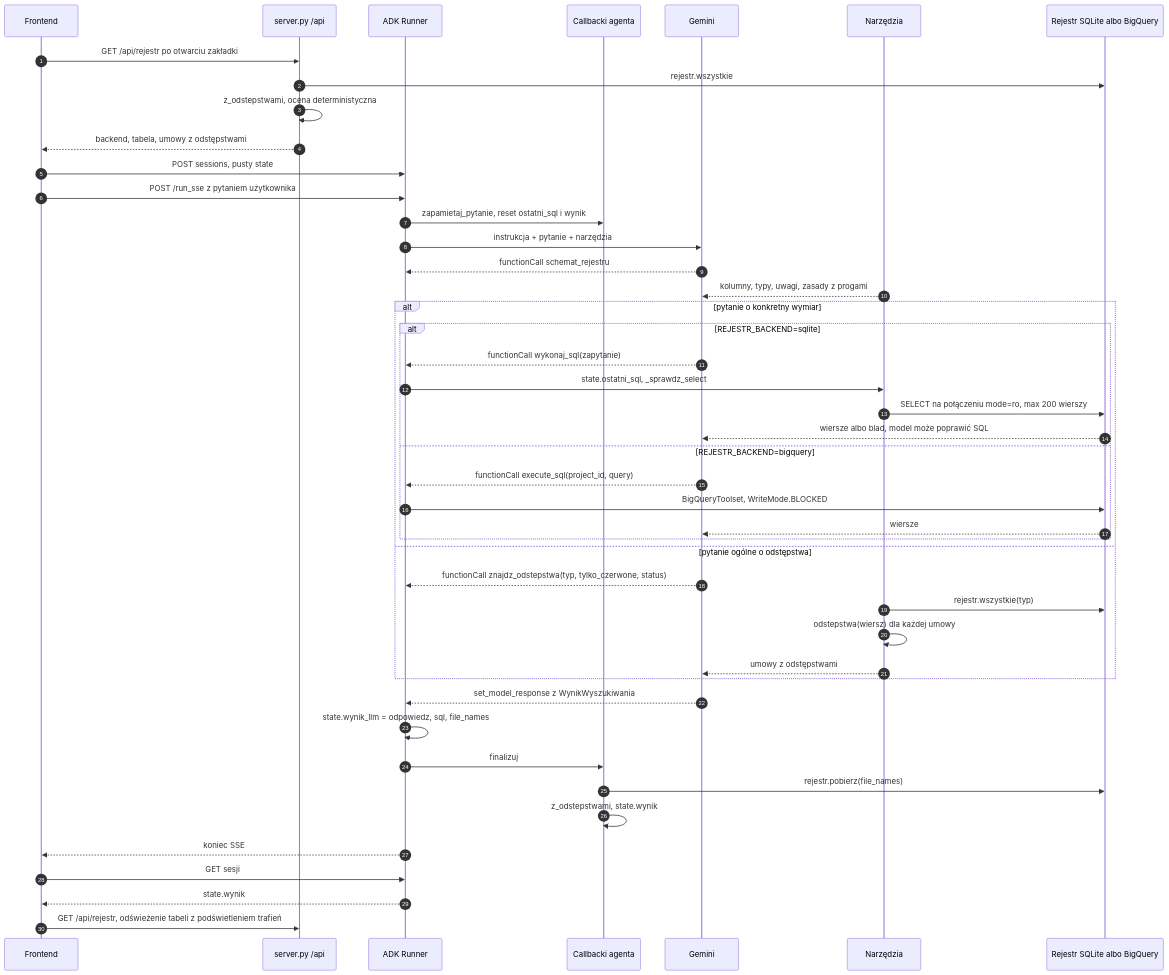
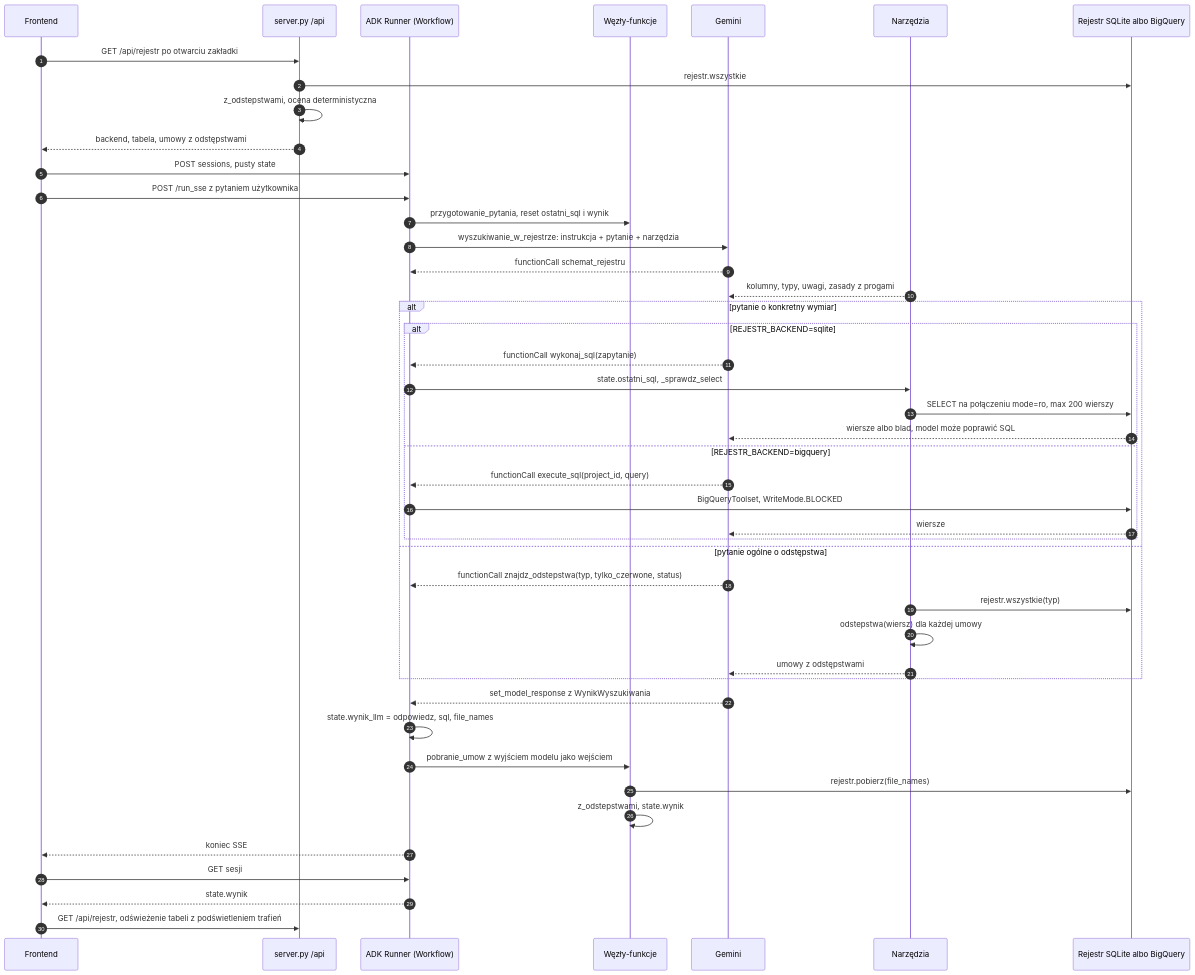
The sixth of 6 diagrams in docs/architektura-komunikacji.md (siwikm/google-hackathon-demo), drawn with Mermaid before and after one commit. The commit also changed other lines of this file and 45 other files, not shown here.

````diff
--- a/docs/architektura-komunikacji.md
+++ b/docs/architektura-komunikacji.md
@@ -302,51 +353,51 @@
 ```mermaid
 sequenceDiagram
     autonumber
     participant FE as Frontend
     participant SRV as server.py /api
-    participant ADK as ADK Runner
-    participant CB as Callbacki agenta
+    participant ADK as ADK Runner (Workflow)
+    participant CB as Węzły-funkcje
     participant G as Gemini
     participant T as Narzędzia
     participant REJ as Rejestr SQLite albo BigQuery
 
     FE->>SRV: GET /api/rejestr po otwarciu zakładki
     SRV->>REJ: rejestr.wszystkie
     SRV->>SRV: z_odstepstwami, ocena deterministyczna
     SRV-->>FE: backend, tabela, umowy z odstępstwami
 
     FE->>ADK: POST sessions, pusty state
     FE->>ADK: POST /run_sse z pytaniem użytkownika
-    ADK->>CB: zapamietaj_pytanie, reset ostatni_sql i wynik
-    ADK->>G: instrukcja + pytanie + narzędzia
+    ADK->>CB: przygotowanie_pytania, reset ostatni_sql i wynik
+    ADK->>G: wyszukiwanie_w_rejestrze: instrukcja + pytanie + narzędzia
     G-->>ADK: functionCall schemat_rejestru
     T-->>G: kolumny, typy, uwagi, zasady z progami
 
     alt pytanie o konkretny wymiar
         alt REJESTR_BACKEND=sqlite
             G-->>ADK: functionCall wykonaj_sql(zapytanie)
             ADK->>T: state.ostatni_sql, _sprawdz_select
             T->>REJ: SELECT na połączeniu mode=ro, max 200 wierszy
             REJ-->>G: wiersze albo blad, model może poprawić SQL
         else REJESTR_BACKEND=bigquery
             G-->>ADK: functionCall execute_sql(project_id, query)
             ADK->>REJ: BigQueryToolset, WriteMode.BLOCKED
             REJ-->>G: wiersze
         end
     else pytanie ogólne o odstępstwa
         G-->>ADK: functionCall znajdz_odstepstwa(typ, tylko_czerwone, status)
         T->>REJ: rejestr.wszystkie(typ)
         T->>T: odstepstwa(wiersz) dla każdej umowy
         T-->>G: umowy z odstępstwami
     end
 
     G-->>ADK: set_model_response z WynikWyszukiwania
     ADK->>ADK: state.wynik_llm = odpowiedz, sql, file_names
-    ADK->>CB: finalizuj
+    ADK->>CB: pobranie_umow z wyjściem modelu jako wejściem
     CB->>REJ: rejestr.pobierz(file_names)
     CB->>CB: z_odstepstwami, state.wynik
     ADK-->>FE: koniec SSE
     FE->>ADK: GET sesji
     ADK-->>FE: state.wynik
     FE->>SRV: GET /api/rejestr, odświeżenie tabeli z podświetleniem trafień
 ```
````
